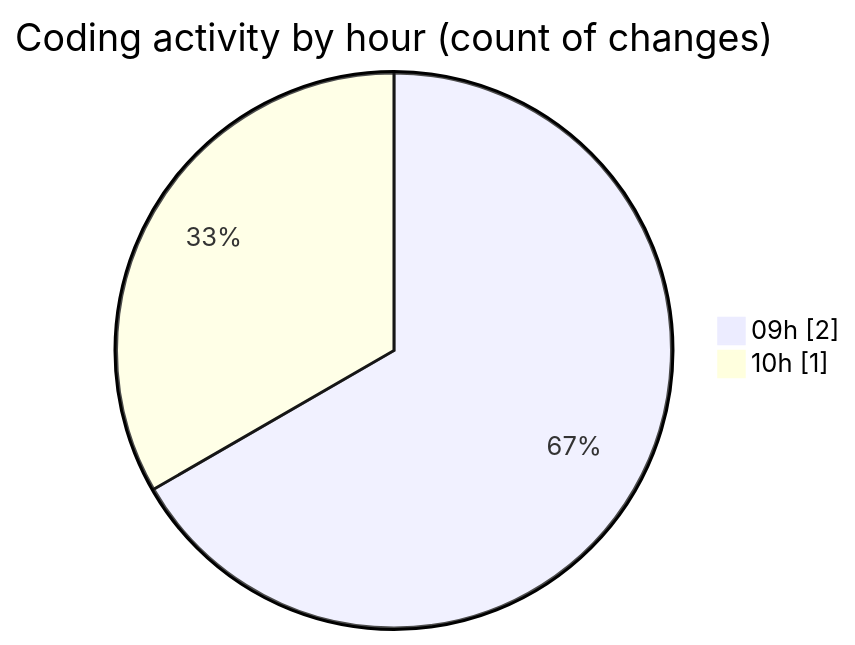
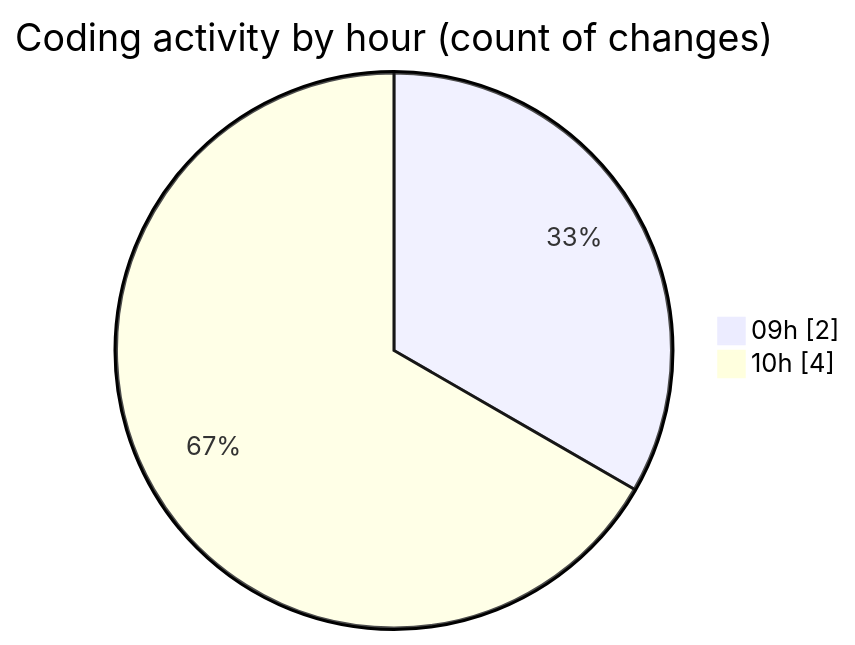
Before and after one commit to LanceThiago/code-tracking: the second of 2 diagrams in 2025-06-26/oficina/README.md, drawn with Mermaid. The commit also changed other lines of this file and 1 other file, not shown here.

````diff
--- a/2025-06-26/oficina/README.md
+++ b/2025-06-26/oficina/README.md
@@ -28,6 +28,6 @@
 ```mermaid
 pie showData
 title Coding activity by hour (count of changes)
 "09h" : 2
-"10h" : 1
+"10h" : 4
 ```
````
